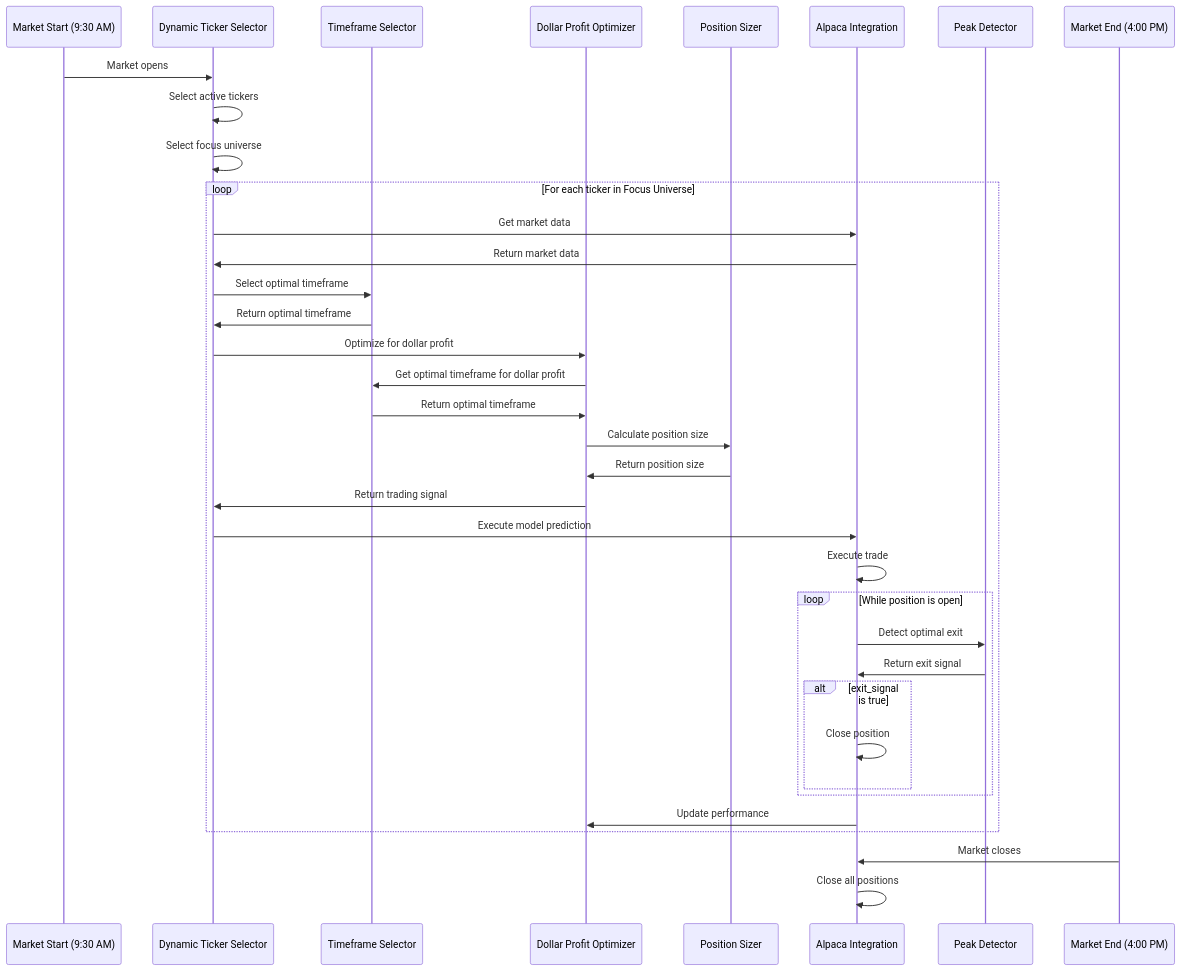
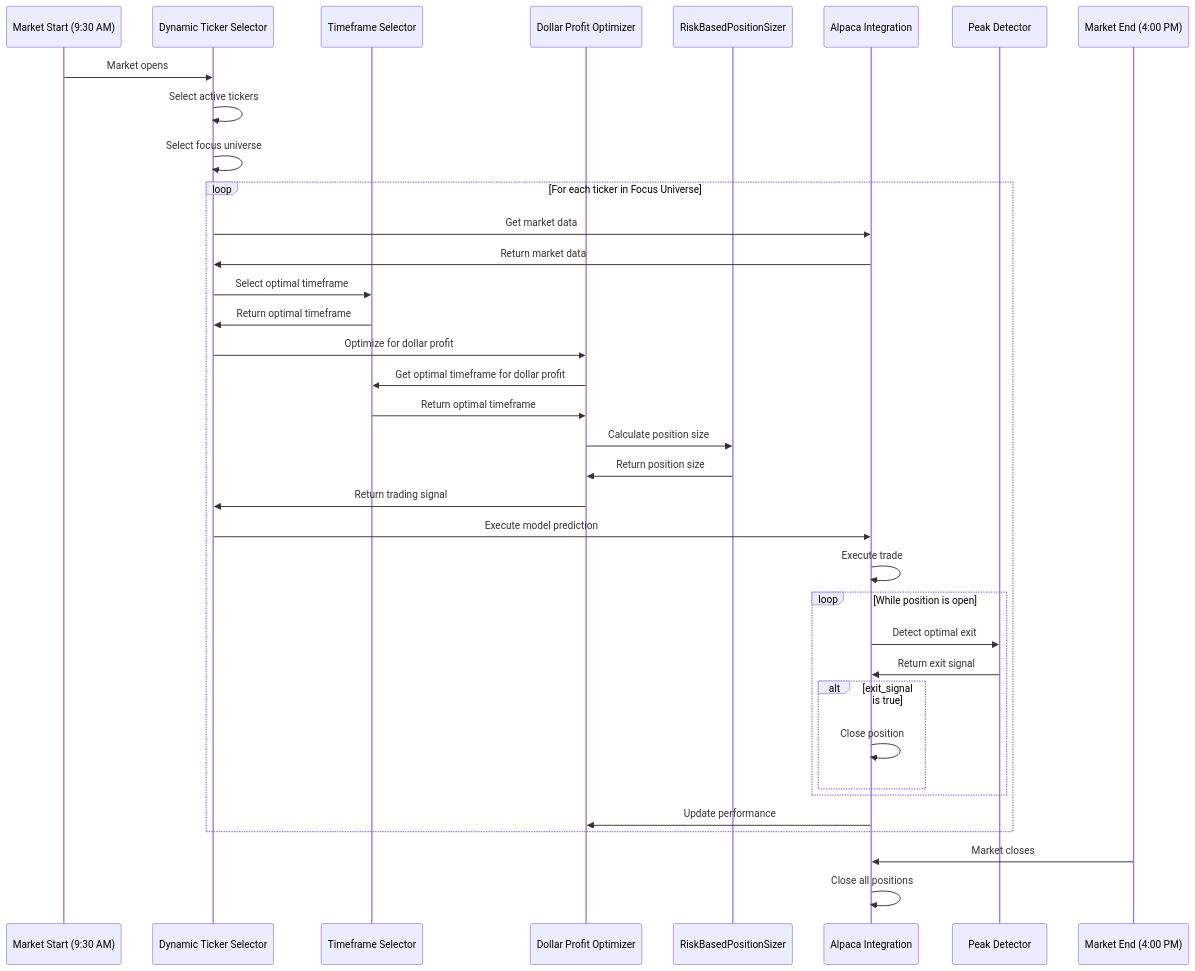
Before and after one commit to Slusheeking/INAVVI_0.0.1: diagram 17 of 18 in docs/03_autonomous_trading_system_workflow.md, drawn with Mermaid. The commit also changed other lines of this file and 23 other files, not shown here.

````diff
--- a/docs/03_autonomous_trading_system_workflow.md
+++ b/docs/03_autonomous_trading_system_workflow.md
@@ -682,49 +772,49 @@
 ```mermaid
 sequenceDiagram
     participant MS as Market Start (9:30 AM)
     participant DTS as Dynamic Ticker Selector
     participant TS as Timeframe Selector
     participant DPO as Dollar Profit Optimizer
-    participant PS as Position Sizer
+    participant PS as RiskBasedPositionSizer
     participant AI as Alpaca Integration
     participant PD as Peak Detector
     participant ME as Market End (4:00 PM)
     
     MS->>DTS: Market opens
     DTS->>DTS: Select active tickers
     DTS->>DTS: Select focus universe
     
     loop For each ticker in Focus Universe
         DTS->>AI: Get market data
         AI->>DTS: Return market data
         
         DTS->>TS: Select optimal timeframe
         TS->>DTS: Return optimal timeframe
         
         DTS->>DPO: Optimize for dollar profit
         DPO->>TS: Get optimal timeframe for dollar profit
         TS->>DPO: Return optimal timeframe
         
         DPO->>PS: Calculate position size
         PS->>DPO: Return position size
         
         DPO->>DTS: Return trading signal
         
         DTS->>AI: Execute model prediction
         AI->>AI: Execute trade
         
         loop While position is open
             AI->>PD: Detect optimal exit
             PD->>AI: Return exit signal
             
             alt exit_signal is true
                 AI->>AI: Close position
             end
         end
         
         AI->>DPO: Update performance
     end
     
     ME->>AI: Market closes
     AI->>AI: Close all positions
 ```
````
